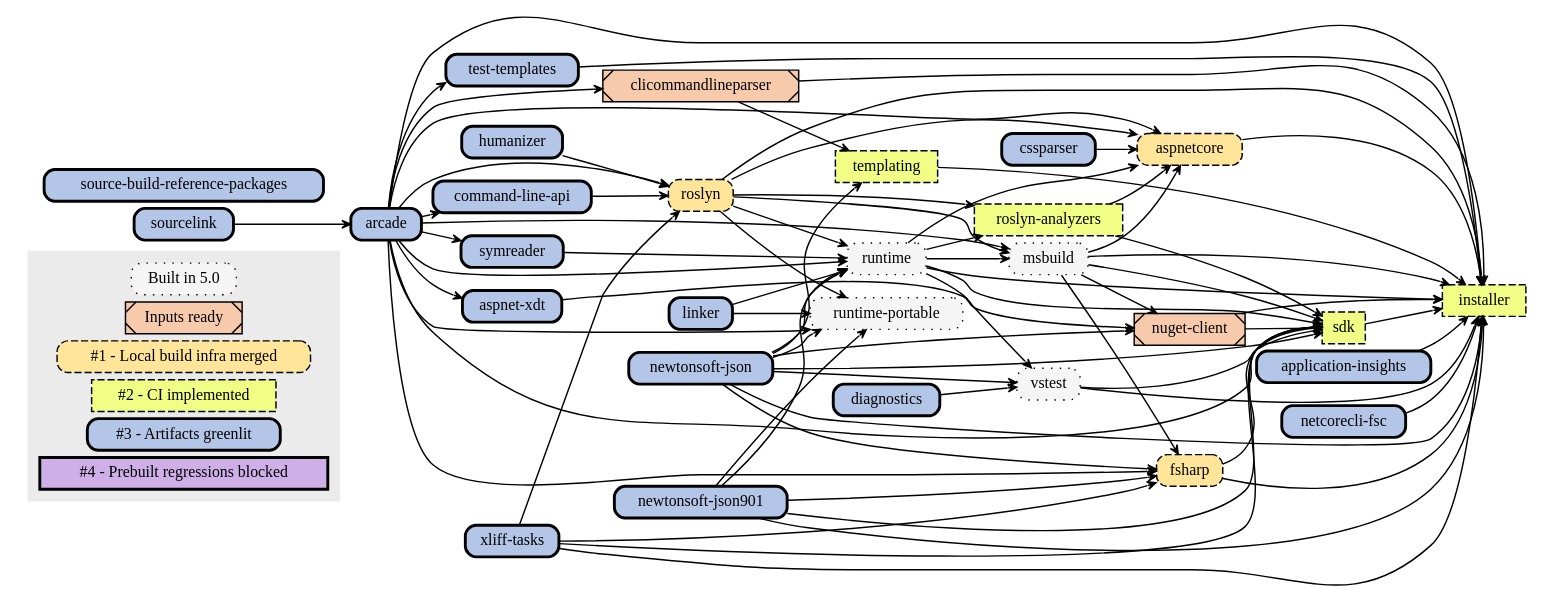
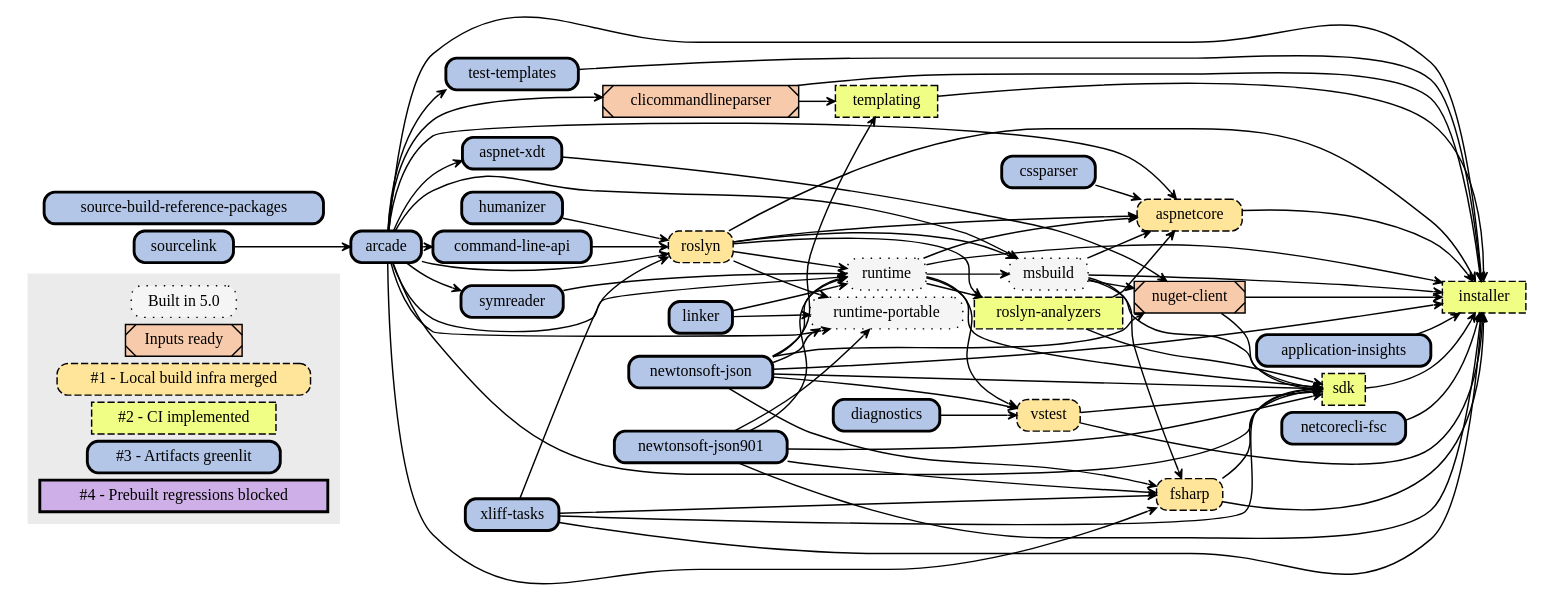
One commit to dotnet/source-build changed the diagram in Documentation/planning/arcade-powered-source-build/img/implementation-plan-graph.dot. Above: the diagram before and after it, drawn with Graphviz. The commit also changed other lines of this file, not shown here.

```diff
--- a/Documentation/planning/arcade-powered-source-build/img/implementation-plan-graph.dot
+++ b/Documentation/planning/arcade-powered-source-build/img/implementation-plan-graph.dot
@@ -1,147 +1,147 @@
 // dot.exe implementation-plan-graph.dot -Tsvg -o implementation-plan-graph.svg
 
 digraph {
 node[
   shape=rect
   width=0 height=0 margin=0.07
   style=filled
   fontsize=11]
 edge[
   penwidth=1
   arrowsize=0.6
   arrowhead=vee
   pencolor="#444444"]
 rankdir=LR
 nodesep=0.07
 ranksep=0.08
 
 node [fillcolor="#F5F5F5",style="dotted,filled,rounded",tooltip="Built"]
 "pre0"[label="Built in 5.0"]
 "msbuild"
 "runtime-portable"
 "runtime"
-"vstest"
 
 node [fillcolor="#F7CAAC",style="filled,diagonals",tooltip="Inputs ready"]
 "pre1"[label="Inputs ready"]
 "clicommandlineparser"
 "nuget-client"
 
 node [fillcolor="#FFE599",style="dashed,filled,rounded",tooltip="1"]
 "s1"[label="#1 - Local build infra merged"]
 "aspnetcore"
 "fsharp"
 "roslyn"
+"vstest"
 
 node [fillcolor="#F0FE86",style="dashed,filled",tooltip="2"]
 "s2"[label="#2 - CI implemented"]
 "installer"
 "roslyn-analyzers"
 "sdk"
 "templating"
 
 node [fillcolor="#B4C6E7",style="bold,filled,rounded",tooltip="3"]
 "s3"[label="#3 - Artifacts greenlit"]
 "application-insights"
 "arcade"
 "aspnet-xdt"
 "command-line-api"
 "cssparser"
 "diagnostics"
 "humanizer"
 "linker"
 "netcorecli-fsc"
 "newtonsoft-json"
 "newtonsoft-json901"
 "source-build-reference-packages"
 "sourcelink"
 "symreader"
 "test-templates"
 "xliff-tasks"
 
 node [fillcolor="#CFAFE7",style="bold,filled",tooltip="4"]
 "s4"[label="#4 - Prebuilt regressions blocked"]
 
 // Color all future nodes red. All nodes should be accounted for: red means they need a category.
 node [fillcolor="#FF0000",style=filled]
 
 subgraph clusterLegend {
   style=filled
   color="#ebebeb"
   "pre0" "pre1" "s1" "s2" "s3" "s4"
 }
 
 // Remaining text created by generate-graphviz.proj based on repos/*.proj:
 "sourcelink" -> "arcade"
 "arcade" -> "aspnet-xdt"
 "arcade" -> "aspnetcore"
 "cssparser" -> "aspnetcore"
 "runtime" -> "aspnetcore"
 "msbuild" -> "aspnetcore"
 "roslyn" -> "aspnetcore"
 "roslyn-analyzers" -> "aspnetcore"
 "arcade" -> "clicommandlineparser"
 "arcade" -> "command-line-api"
 "arcade" -> "fsharp"
 "msbuild" -> "fsharp"
 "newtonsoft-json901" -> "fsharp"
 "newtonsoft-json" -> "fsharp"
 "xliff-tasks" -> "fsharp"
 "application-insights" -> "installer"
 "arcade" -> "installer"
 "aspnetcore" -> "installer"
 "clicommandlineparser" -> "installer"
 "fsharp" -> "installer"
 "msbuild" -> "installer"
 "netcorecli-fsc" -> "installer"
 "newtonsoft-json" -> "installer"
 "newtonsoft-json901" -> "installer"
 "nuget-client" -> "installer"
 "roslyn" -> "installer"
 "runtime" -> "installer"
 "sdk" -> "installer"
 "templating" -> "installer"
 "test-templates" -> "installer"
 "vstest" -> "installer"
 "xliff-tasks" -> "installer"
 "arcade" -> "msbuild"
 "runtime" -> "msbuild"
 "roslyn" -> "msbuild"
 "newtonsoft-json" -> "nuget-client"
 "msbuild" -> "nuget-client"
 "aspnet-xdt" -> "nuget-client"
 "runtime" -> "roslyn-analyzers"
 "roslyn" -> "roslyn-analyzers"
 "arcade" -> "roslyn"
 "command-line-api" -> "roslyn"
 "humanizer" -> "roslyn"
 "xliff-tasks" -> "roslyn"
 "arcade" -> "runtime-portable"
 "linker" -> "runtime-portable"
 "newtonsoft-json" -> "runtime-portable"
 "newtonsoft-json901" -> "runtime-portable"
 "roslyn" -> "runtime-portable"
 "arcade" -> "runtime"
 "symreader" -> "runtime"
 "linker" -> "runtime"
 "newtonsoft-json" -> "runtime"
 "newtonsoft-json901" -> "runtime"
 "roslyn" -> "runtime"
 "arcade" -> "sdk"
 "xliff-tasks" -> "sdk"
 "runtime" -> "sdk"
 "msbuild" -> "sdk"
 "newtonsoft-json" -> "sdk"
 "newtonsoft-json901" -> "sdk"
 "nuget-client" -> "sdk"
 "roslyn-analyzers" -> "sdk"
 "vstest" -> "sdk"
 "fsharp" -> "sdk"
 "arcade" -> "symreader"
 "clicommandlineparser" -> "templating"
 "newtonsoft-json" -> "templating"
 "arcade" -> "test-templates"
 "diagnostics" -> "vstest"
 "runtime" -> "vstest"
 "newtonsoft-json" -> "vstest"
 }
```
